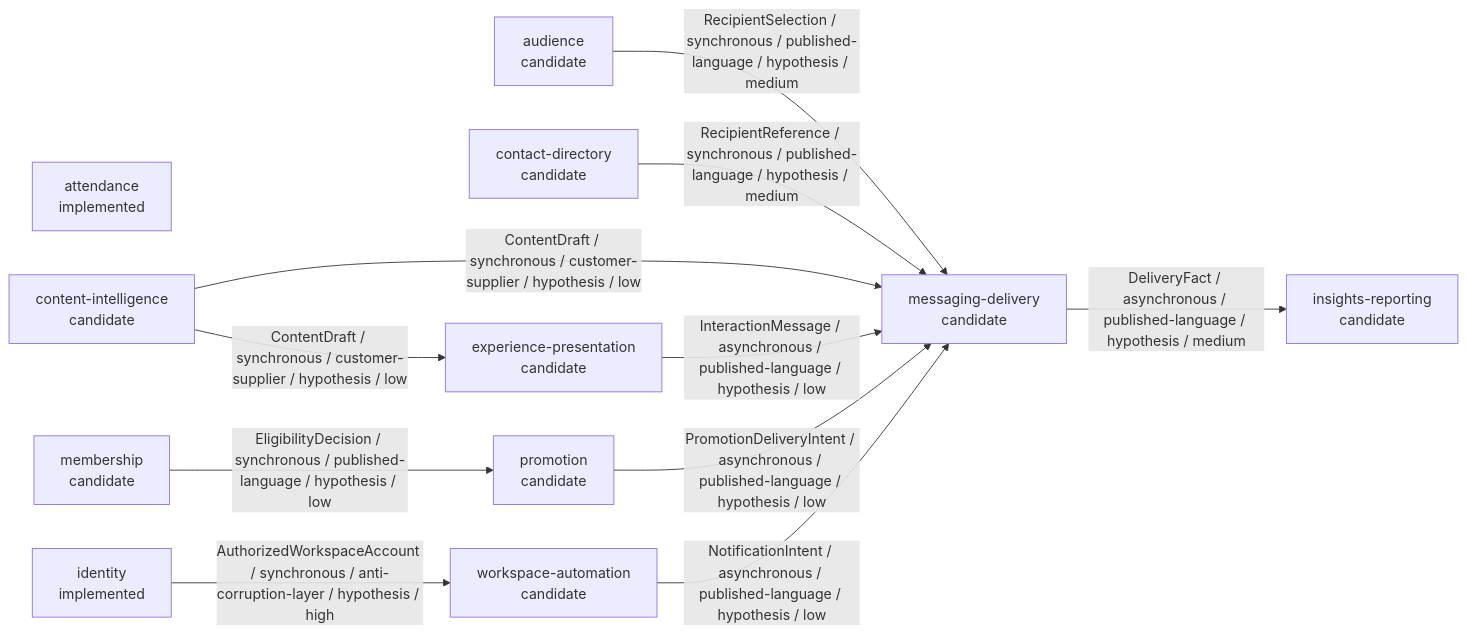
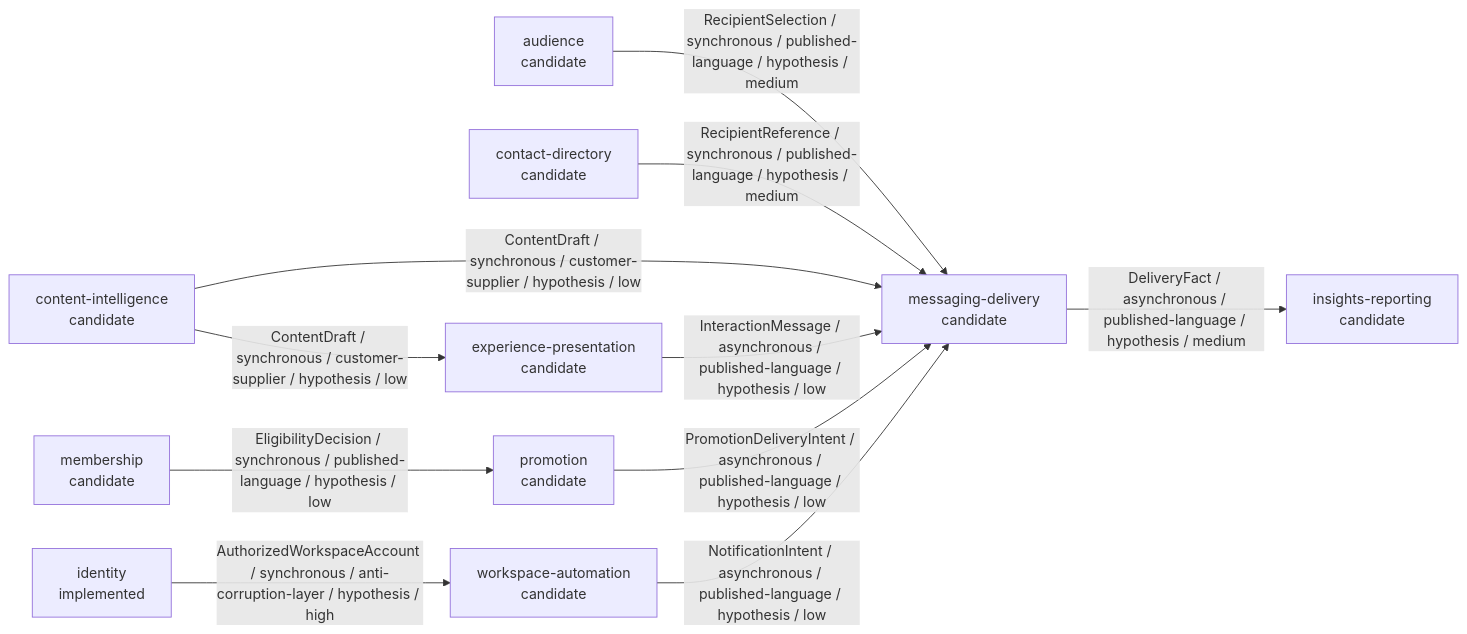
Before and after one commit to 963sup/linebot-platform: the diagram in docs/domain/context-map.md, drawn with Mermaid. The commit also changed other lines of this file and 82 other files, not shown here.

````diff
--- a/docs/domain/context-map.md
+++ b/docs/domain/context-map.md
@@ -107,24 +97,23 @@
 ```mermaid
 flowchart LR
-    ctx_attendance["attendance\nimplemented"]
     ctx_audience["audience\ncandidate"]
     ctx_contact_directory["contact-directory\ncandidate"]
     ctx_content_intelligence["content-intelligence\ncandidate"]
     ctx_experience_presentation["experience-presentation\ncandidate"]
     ctx_identity["identity\nimplemented"]
     ctx_insights_reporting["insights-reporting\ncandidate"]
     ctx_membership["membership\ncandidate"]
     ctx_messaging_delivery["messaging-delivery\ncandidate"]
     ctx_promotion["promotion\ncandidate"]
     ctx_workspace_automation["workspace-automation\ncandidate"]
     ctx_audience -->|RecipientSelection / synchronous / published-language / hypothesis / medium| ctx_messaging_delivery
     ctx_contact_directory -->|RecipientReference / synchronous / published-language / hypothesis / medium| ctx_messaging_delivery
     ctx_content_intelligence -->|ContentDraft / synchronous / customer-supplier / hypothesis / low| ctx_experience_presentation
     ctx_content_intelligence -->|ContentDraft / synchronous / customer-supplier / hypothesis / low| ctx_messaging_delivery
     ctx_experience_presentation -->|InteractionMessage / asynchronous / published-language / hypothesis / low| ctx_messaging_delivery
     ctx_identity -->|AuthorizedWorkspaceAccount / synchronous / anti-corruption-layer / hypothesis / high| ctx_workspace_automation
     ctx_membership -->|EligibilityDecision / synchronous / published-language / hypothesis / low| ctx_promotion
     ctx_messaging_delivery -->|DeliveryFact / asynchronous / published-language / hypothesis / medium| ctx_insights_reporting
     ctx_promotion -->|PromotionDeliveryIntent / asynchronous / published-language / hypothesis / low| ctx_messaging_delivery
     ctx_workspace_automation -->|NotificationIntent / asynchronous / published-language / hypothesis / low| ctx_messaging_delivery
 ```
````
